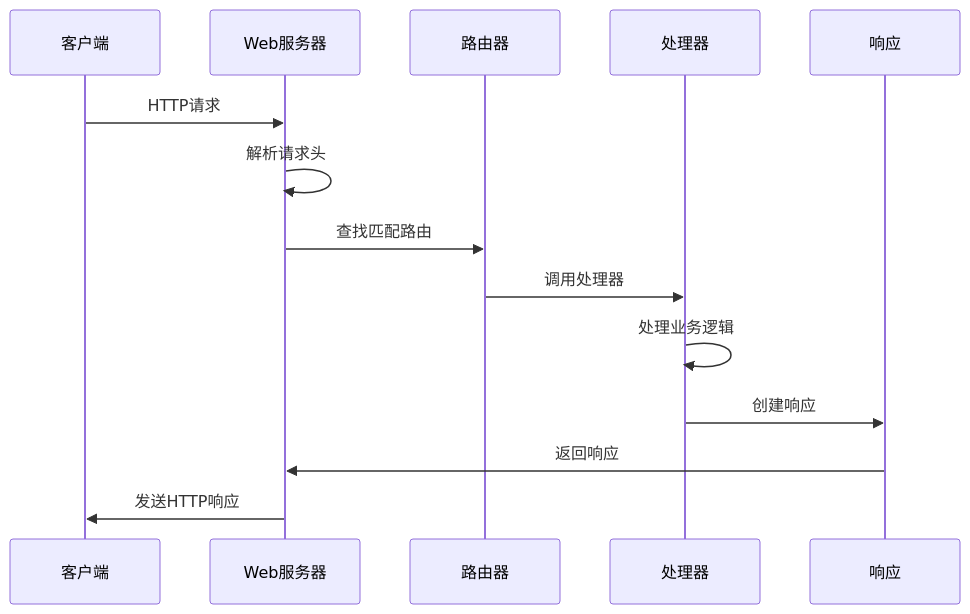
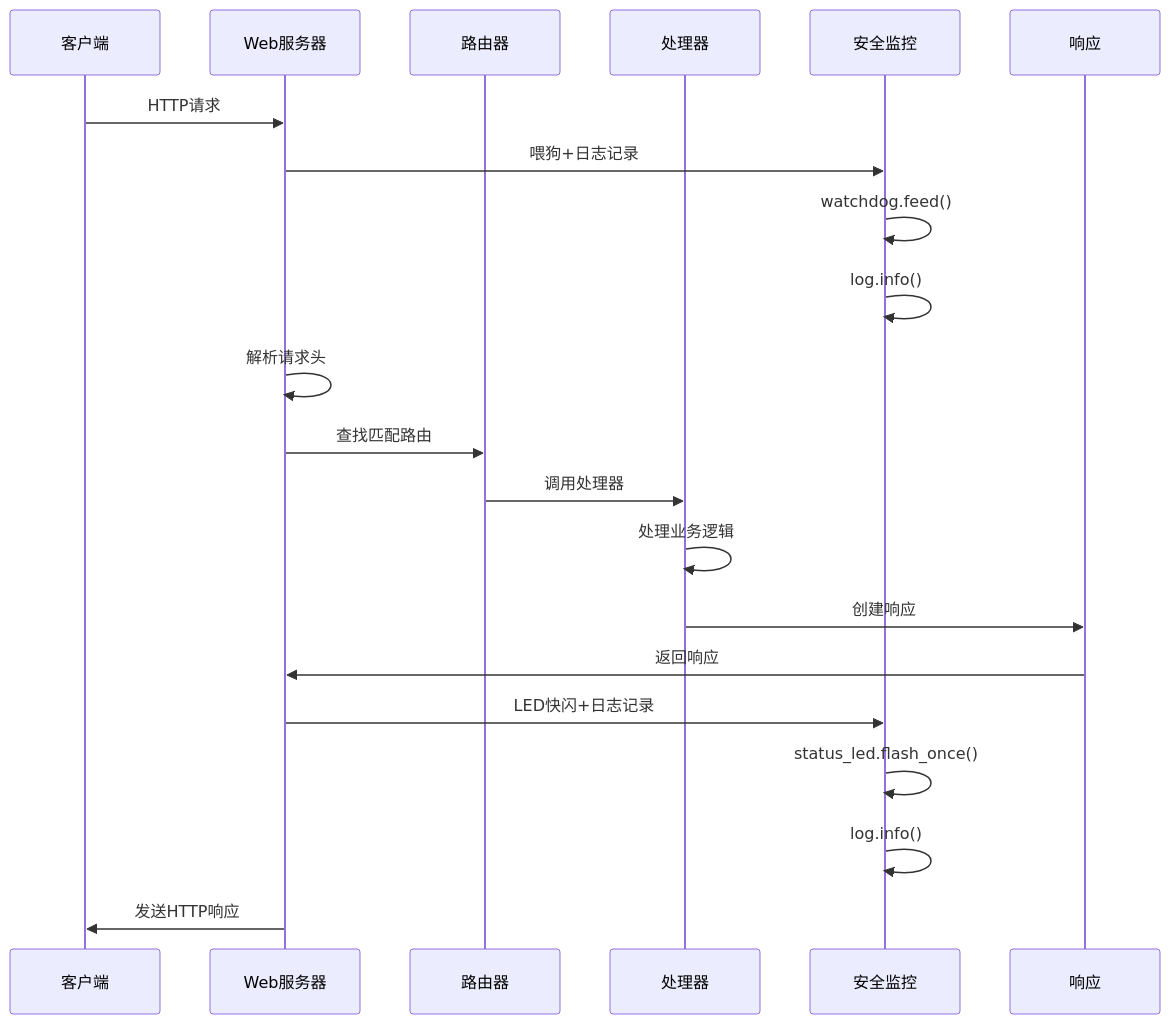
The tenth of 13 diagrams in .qoder/repowiki/zh/content/核心模块/核心模块.md (qq20739111/weilushishe-lishitai), drawn with Mermaid before and after one commit. The commit also changed other lines of this file and 23 other files, not shown here.

````diff
--- a/.qoder/repowiki/zh/content/核心模块/核心模块.md
+++ b/.qoder/repowiki/zh/content/核心模块/核心模块.md
@@ -470,16 +686,23 @@
 ```mermaid
 sequenceDiagram
 participant Client as 客户端
 participant Server as Web服务器
 participant Router as 路由器
 participant Handler as 处理器
+participant Security as 安全监控
 participant Response as 响应
 Client->>Server : HTTP请求
+Server->>Security : 喂狗+日志记录
+Security->>Security : watchdog.feed()
+Security->>Security : log.info()
 Server->>Server : 解析请求头
 Server->>Router : 查找匹配路由
 Router->>Handler : 调用处理器
 Handler->>Handler : 处理业务逻辑
 Handler->>Response : 创建响应
 Response->>Server : 返回响应
+Server->>Security : LED快闪+日志记录
+Security->>Security : status_led.flash_once()
+Security->>Security : log.info()
 Server->>Client : 发送HTTP响应
 ```
````
